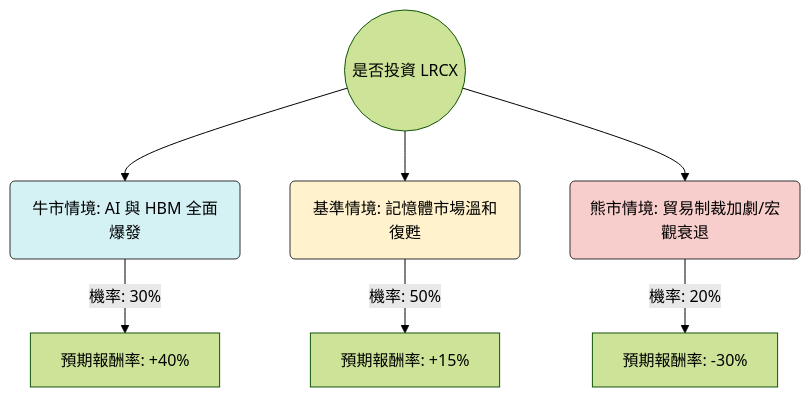
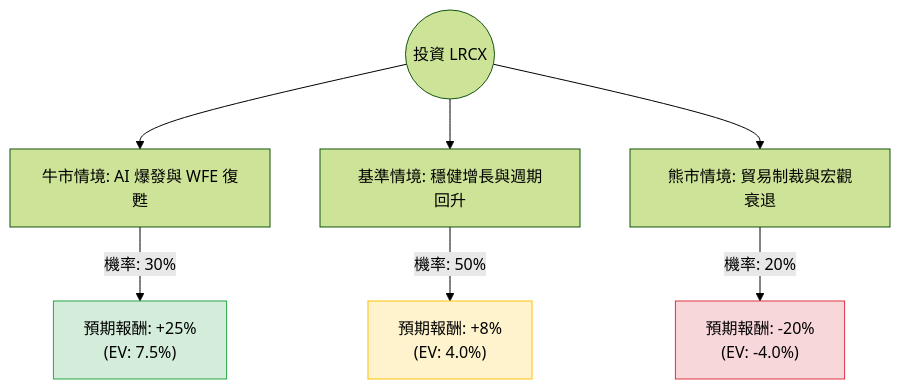
Before and after one commit to zmcx16/zmcx16.github.io: the diagram in plugin-react/ai-analysis/ev-analysis/LRCX.md, drawn with Mermaid (forest theme). The commit also changed other lines of this file and 77 other files, not shown here.

````diff
--- a/plugin-react/ai-analysis/ev-analysis/LRCX.md
+++ b/plugin-react/ai-analysis/ev-analysis/LRCX.md
@@ -20,14 +14,14 @@
 ```mermaid
 graph TD
-    Root((是否投資 LRCX)) --> CaseA(牛市情境: AI 與 HBM 全面爆發)
-    Root --> CaseB(基準情境: 記憶體市場溫和復甦)
-    Root --> CaseC(熊市情境: 貿易制裁加劇/宏觀衰退)
+    Start((投資 LRCX)) --> Bull[牛市情境: AI 爆發與 WFE 復甦]
+    Start --> Base[基準情境: 穩健增長與週期回升]
+    Start --> Bear[熊市情境: 貿易制裁與宏觀衰退]
 
-    CaseA -- "機率: 30%" --> ResA[預期報酬率: +40%]
-    CaseB -- "機率: 50%" --> ResB[預期報酬率: +15%]
-    CaseC -- "機率: 20%" --> ResC[預期報酬率: -30%]
+    Bull -- "機率: 30%" --> BullResult["預期報酬: +25% <br/> (EV: 7.5%)"]
+    Base -- "機率: 50%" --> BaseResult["預期報酬: +8% <br/> (EV: 4.0%)"]
+    Bear -- "機率: 20%" --> BearResult["預期報酬: -20% <br/> (EV: -4.0%)"]
 
-    style CaseA fill:#d4f1f4,stroke:#333
-    style CaseB fill:#fff2cc,stroke:#333
-    style CaseC fill:#f8cecc,stroke:#333
+    style BullResult fill:#d4edda,stroke:#28a745
+    style BaseResult fill:#fff3cd,stroke:#ffc107
+    style BearResult fill:#f8d7da,stroke:#dc3545
 ```
````
